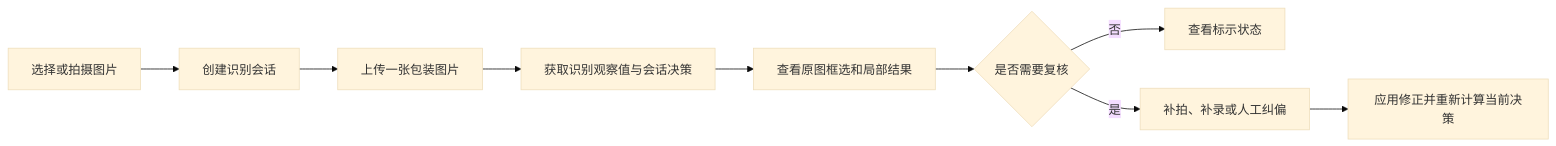
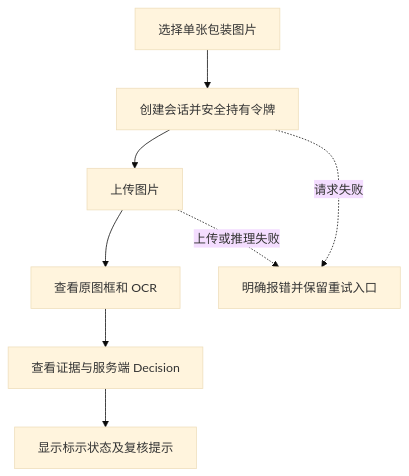
Before and after one commit to QingMouFoodDate/WebClient: the diagram in README.md, drawn with Mermaid (base theme). The commit also changed other lines of this file, not shown here.

Commit message:
📃 docs: 收敛单图主链路与纠偏边界

````diff
--- a/README.md
+++ b/README.md
@@ -39,11 +21,10 @@
 ```mermaid
-flowchart LR
-    A["选择或拍摄图片"] --> B["创建识别会话"]
-    B --> C["上传一张包装图片"]
-    C --> D["获取识别观察值与会话决策"]
-    D --> E["查看原图框选和局部结果"]
-    E --> F{"是否需要复核"}
-    F -->|"否"| G["查看标示状态"]
-    F -->|"是"| H["补拍、补录或人工纠偏"]
-    H --> I["应用修正并重新计算当前决策"]
+flowchart TD
+    A[选择单张包装图片] --> B[创建会话并安全持有令牌]
+    B --> C[上传图片]
+    C --> D[查看原图框和 OCR]
+    D --> E[查看证据与服务端 Decision]
+    E --> F[显示标示状态及复核提示]
+    B -.请求失败.-> G[明确报错并保留重试入口]
+    C -.上传或推理失败.-> G
 ```
````
